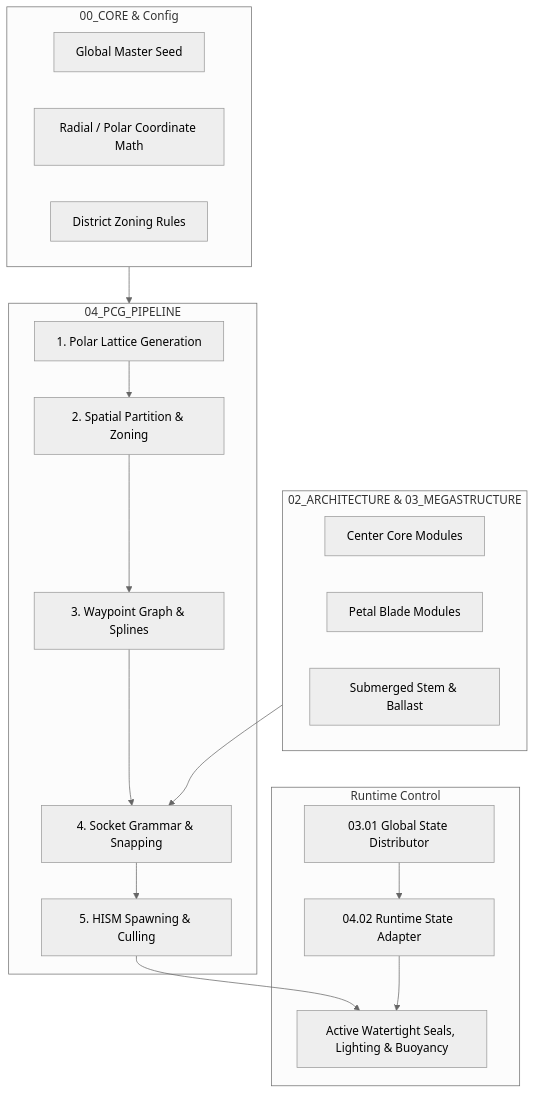
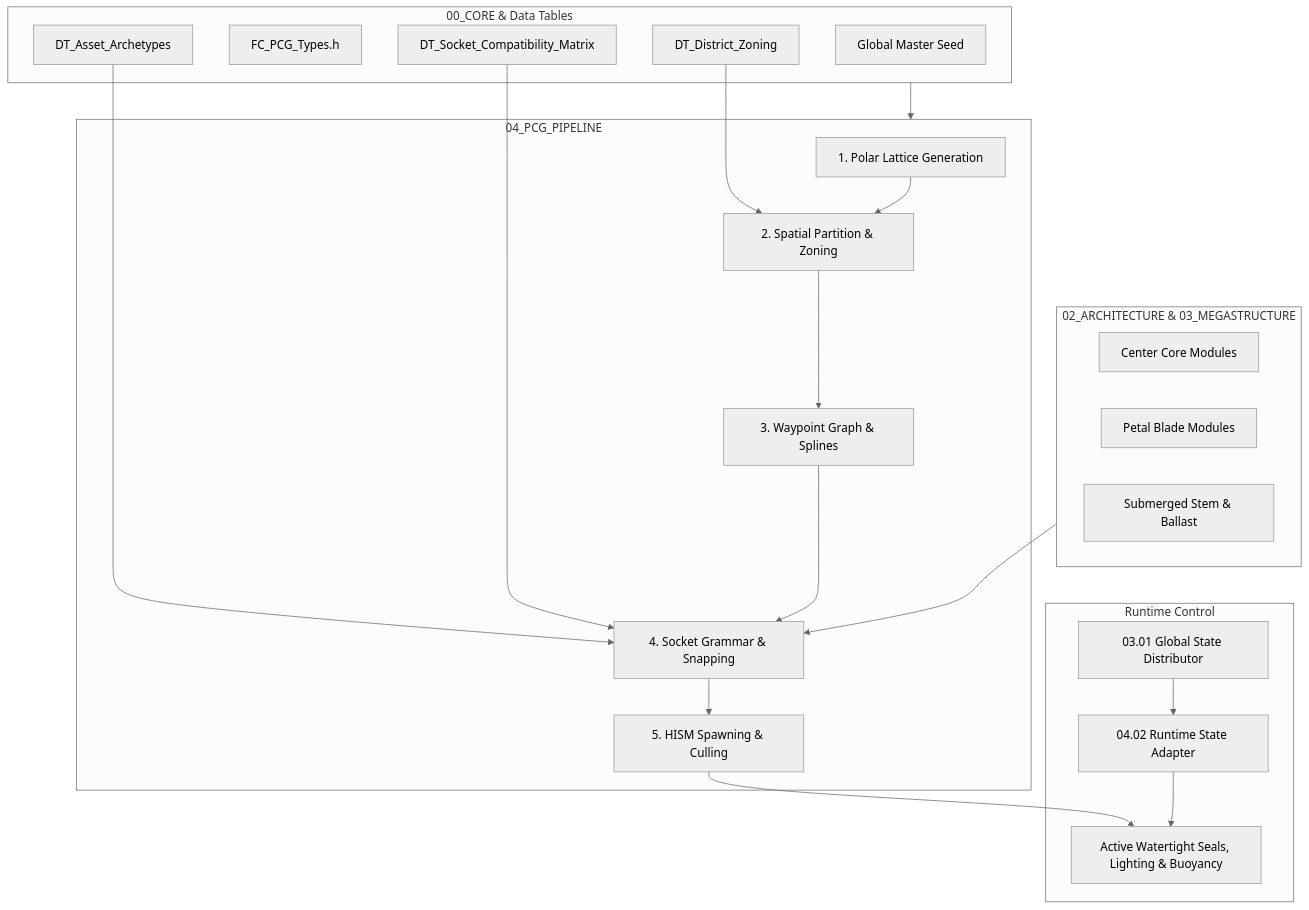
Before and after one commit to SamSongSam/HOPELESS: the diagram in README.md, drawn with Mermaid (neutral theme). The commit also changed other lines of this file and 202 other files, not shown here.

````diff
--- a/README.md
+++ b/README.md
@@ -48,34 +68,39 @@
 ```mermaid
 flowchart TD
-    subgraph CoreConfig [00_CORE & Config]
+    subgraph CoreConfig [00_CORE & Data Tables]
         MasterSeed[Global Master Seed]
-        RadialGridMath[Radial / Polar Coordinate Math]
-        ZoningTable[District Zoning Rules]
+        CppHeader[FC_PCG_Types.h]
+        DT_Zoning[DT_District_Zoning]
+        DT_Archetypes[DT_Asset_Archetypes]
+        DT_Sockets[DT_Socket_Compatibility_Matrix]
     end
 
     subgraph PCGGraph [04_PCG_PIPELINE]
         Stage1[1. Polar Lattice Generation]
         Stage2[2. Spatial Partition & Zoning]
         Stage3[3. Waypoint Graph & Splines]
         Stage4[4. Socket Grammar & Snapping]
         Stage5[5. HISM Spawning & Culling]
     end
 
     subgraph Modules [02_ARCHITECTURE & 03_MEGASTRUCTURE]
         CenterPrefabs[Center Core Modules]
         PetalPrefabs[Petal Blade Modules]
         StemPrefabs[Submerged Stem & Ballast]
     end
 
     subgraph RuntimeBridge [Runtime Control]
         StateDistributor[03.01 Global State Distributor]
         RuntimeAdapter[04.02 Runtime State Adapter]
         DynamicWorld[Active Watertight Seals, Lighting & Buoyancy]
     end
 
     CoreConfig --> PCGGraph
+    DT_Zoning --> Stage2
+    DT_Archetypes --> Stage4
+    DT_Sockets --> Stage4
     Modules --> Stage4
     Stage1 --> Stage2 --> Stage3 --> Stage4 --> Stage5
     Stage5 --> DynamicWorld
     StateDistributor --> RuntimeAdapter --> DynamicWorld
 ```
````
